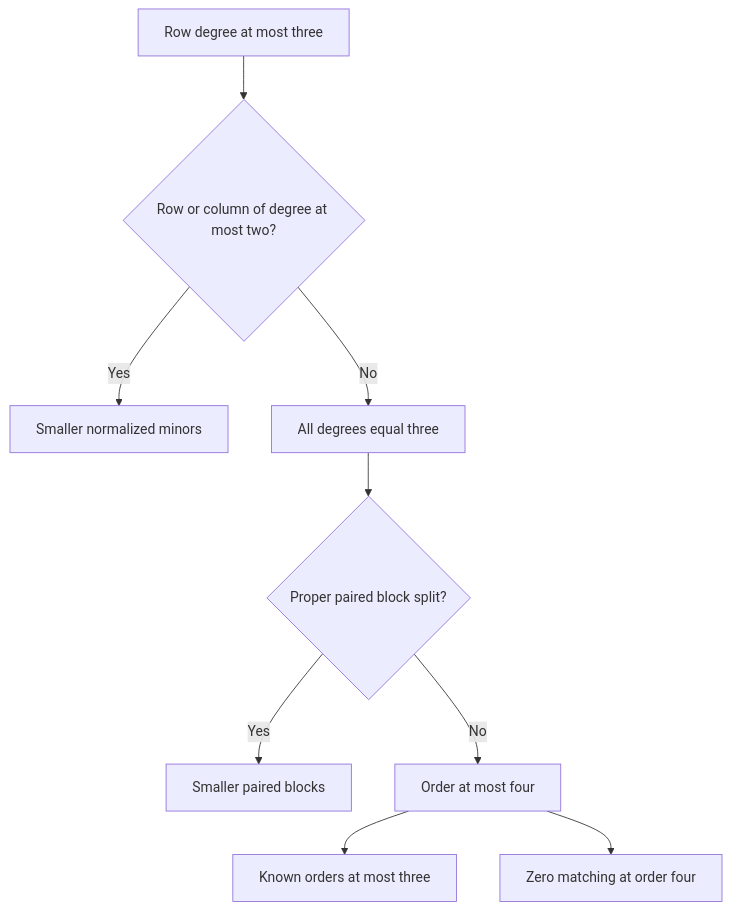
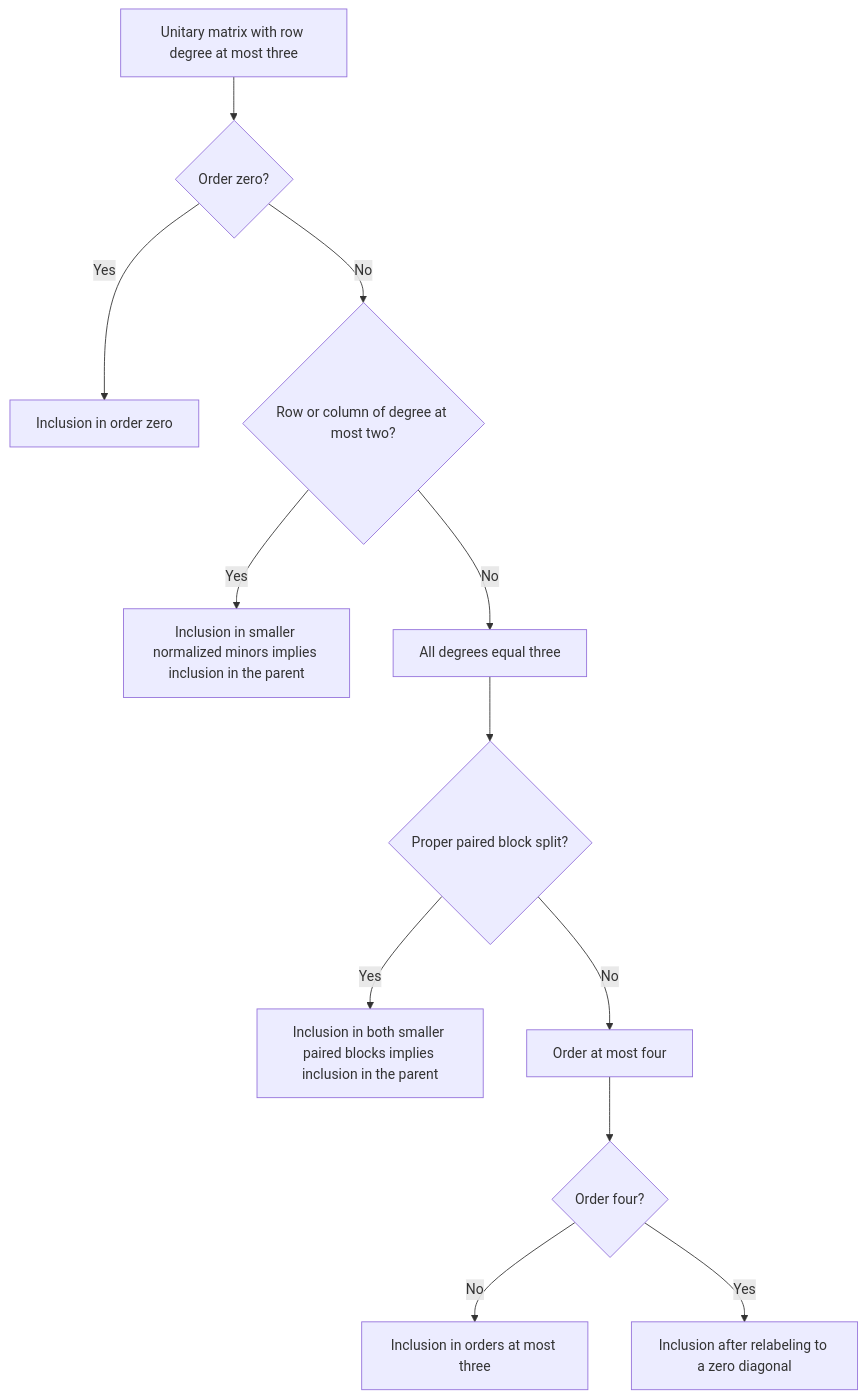
Before and after one commit to ascendnoosphere/MOC: the first of 2 diagrams in Docs/sparse-unitary-proof-map.md, drawn with Mermaid. The commit also changed other lines of this file and 11 other files, not shown here.

````diff
--- a/Docs/sparse-unitary-proof-map.md
+++ b/Docs/sparse-unitary-proof-map.md
@@ -21,20 +30,26 @@
 ```mermaid
 flowchart TD
-    A["Row degree at most three"]
+    A["Unitary matrix with row degree at most three"]
+    Z{"Order zero?"}
+    Base["Inclusion in order zero"]
     B{"Row or column of degree at most two?"}
-    C["Smaller normalized minors"]
+    C["Inclusion in smaller normalized minors implies inclusion in the parent"]
     D["All degrees equal three"]
     E{"Proper paired block split?"}
-    F["Smaller paired blocks"]
+    F["Inclusion in both smaller paired blocks implies inclusion in the parent"]
     G["Order at most four"]
-    H["Known orders at most three"]
-    I["Zero matching at order four"]
-    A --> B
+    K{"Order four?"}
+    H["Inclusion in orders at most three"]
+    I["Inclusion after relabeling to a zero diagonal"]
+    A --> Z
+    Z -->|Yes| Base
+    Z -->|No| B
     B -->|Yes| C
     B -->|No| D
     D --> E
     E -->|Yes| F
     E -->|No| G
-    G --> H
-    G --> I
+    G --> K
+    K -->|No| H
+    K -->|Yes| I
 ```
````
